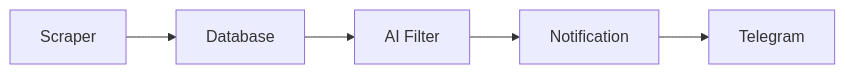
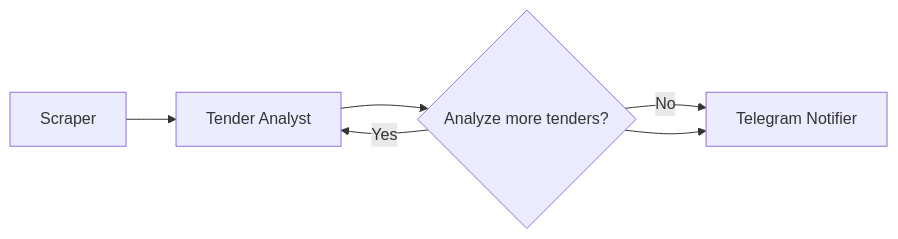
Before and after one commit to moe1047/scout-the-bid-finder: the diagram in readme.md, drawn with Mermaid.

Commit message:
modified reamme

````diff
--- a/readme.md
+++ b/readme.md
@@ -71,7 +71,8 @@
 ```mermaid
 graph LR
-    A[Scraper] --> B[Database]
-    B --> C[AI Filter]
-    C --> D[Notification]
-    D --> E[Telegram]
+    A[Scraper] --> B[Tender Analyst]
+    B --> C{Analyze more tenders?}
+    C -->|Yes| B
+    C -->|No| D[Telegram Notifier]
+    C --> D[Telegram Notifier]
 ```
````
